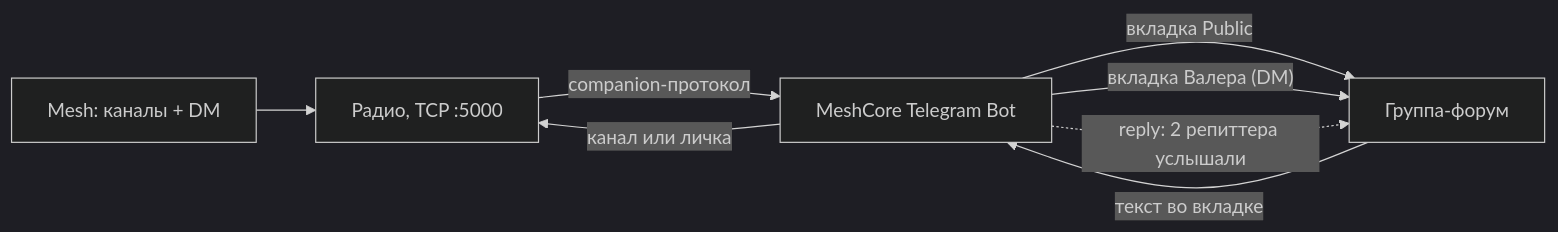
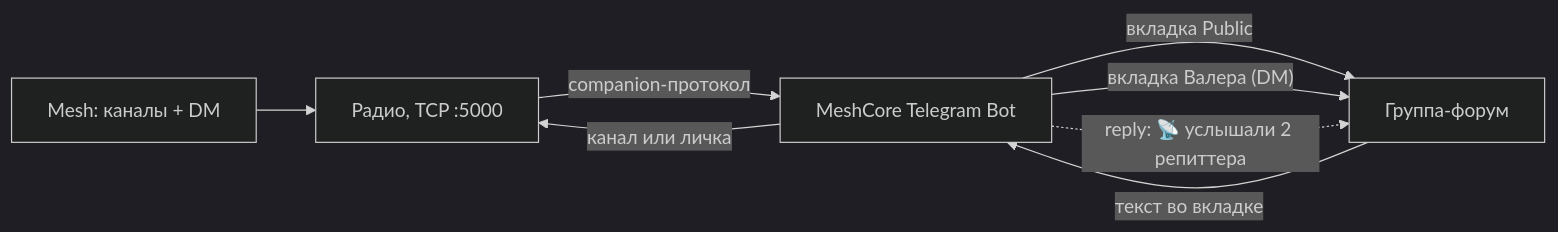
Before and after one commit to shadowroot2/MeshCore-Telegram-Bot: the diagram in README.md, drawn with Mermaid (dark theme). The commit also changed other lines of this file and 5 other files, not shown here.

````diff
--- a/README.md
+++ b/README.md
@@ -8,10 +8,10 @@
 ```mermaid
 flowchart LR
     M["Mesh: каналы + DM"] --> R["Радио, TCP :5000"]
     R -->|companion-протокол| B["MeshCore Telegram Bot"]
     B -->|"вкладка Public"| T["Группа-форум"]
     B -->|"вкладка Валера (DM)"| T
     T -->|"текст во вкладке"| B
     B -->|канал или личка| R
-    B -.->|"reply: 2 репиттера услышали"| T
+    B -.->|"reply: 📡 услышали 2 репиттера"| T
 ```
````
